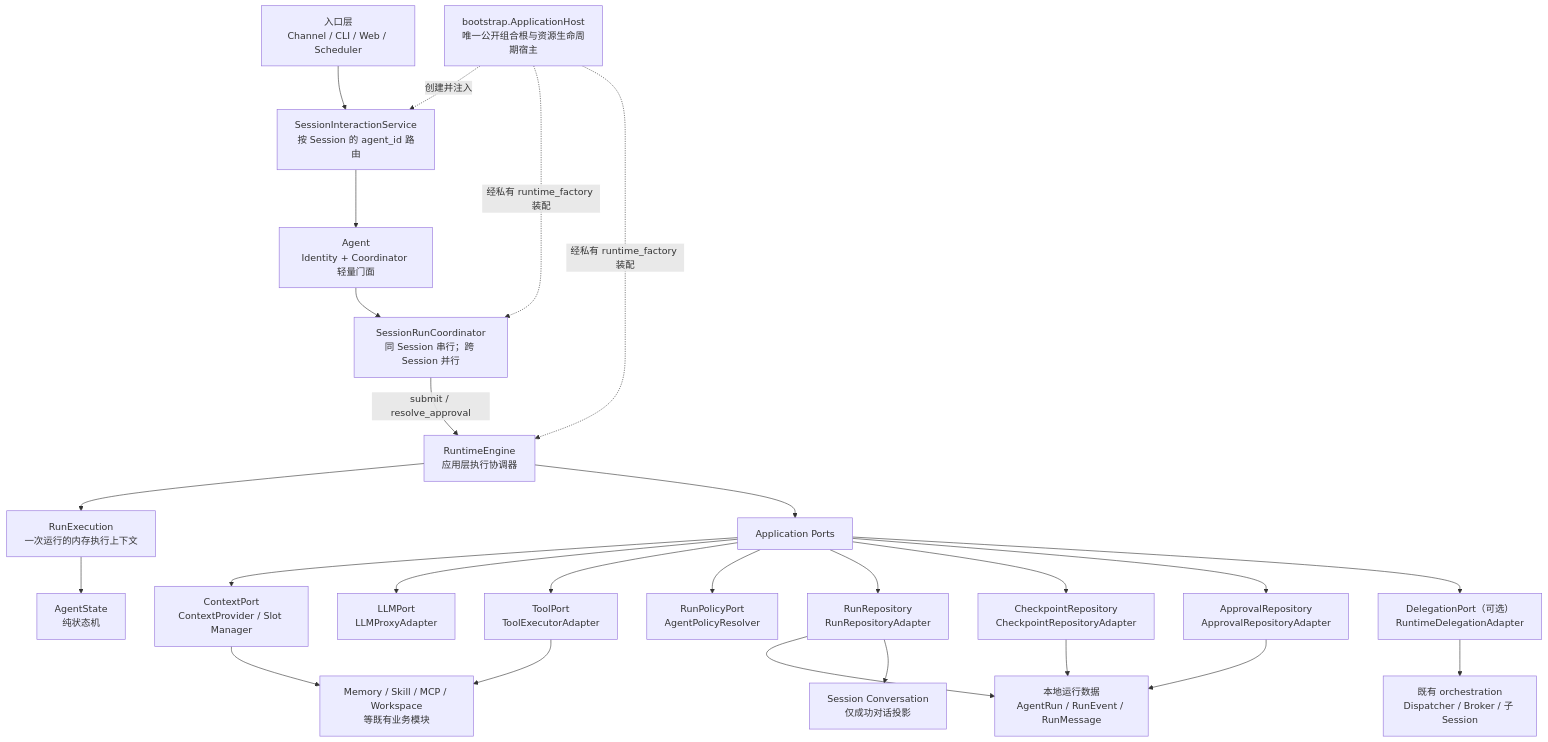
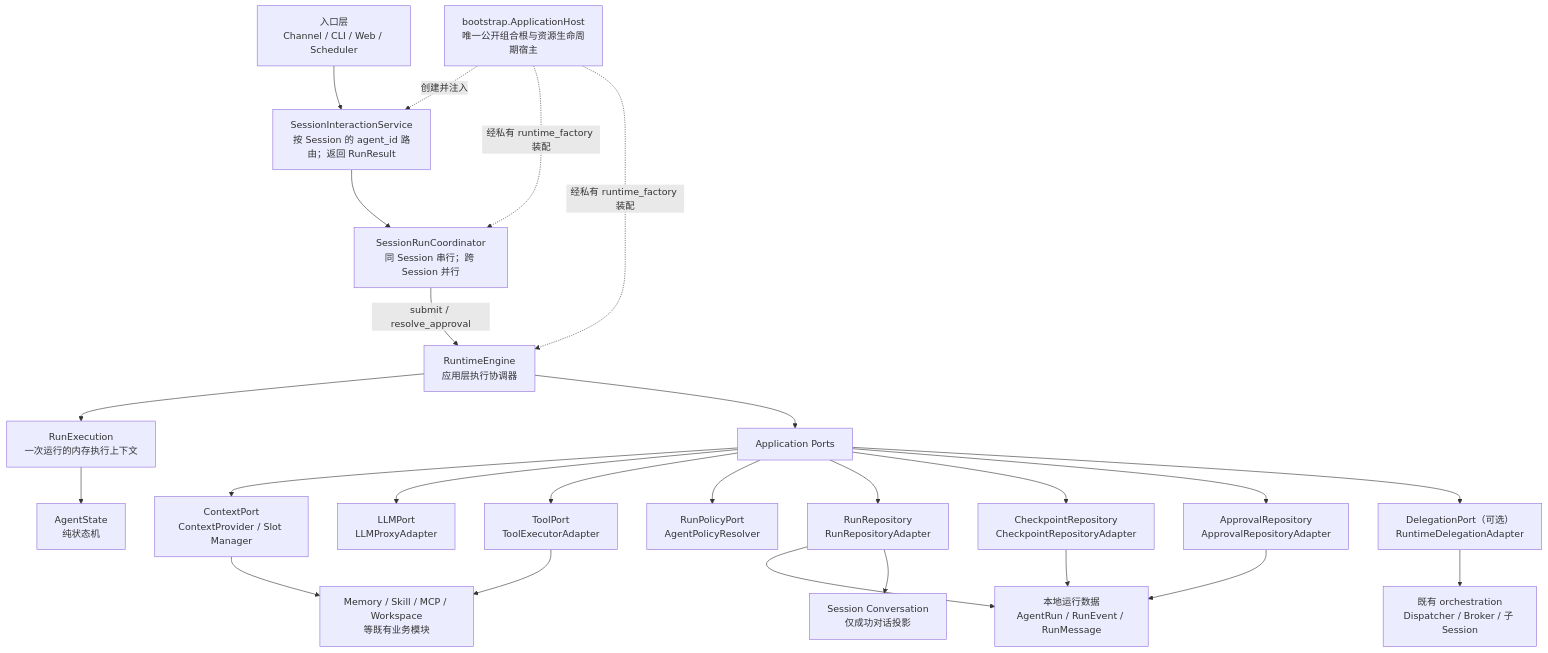
Before and after one commit to aandbcct/dotClaw: the first of 8 diagrams in docs/wiki/Runtime 模块总体说明.md, drawn with Mermaid. The commit also changed 2 other files, not shown here.

Commit message:
docs(session): 已清除 Wiki、README 和当前开发计划中旧 Agent 门面/旧 Runtime 调用表述。

````diff
--- a/docs/wiki/Runtime 模块总体说明.md
+++ b/docs/wiki/Runtime 模块总体说明.md
@@ -21,37 +21,36 @@
 ```mermaid
 flowchart TB
     Entry["入口层\nChannel / CLI / Web / Scheduler"]
     Host["bootstrap.ApplicationHost\n唯一公开组合根与资源生命周期宿主"]
-    Interaction["SessionInteractionService\n按 Session 的 agent_id 路由"]
-    Agent["Agent\nIdentity + Coordinator 轻量门面"]
+    Interaction["SessionInteractionService\n按 Session 的 agent_id 路由；返回 RunResult"]
     Coordinator["SessionRunCoordinator\n同 Session 串行；跨 Session 并行"]
     Engine["RuntimeEngine\n应用层执行协调器"]
     Execution["RunExecution\n一次运行的内存执行上下文"]
     State["AgentState\n纯状态机"]
 
-    Entry --> Interaction --> Agent --> Coordinator
+    Entry --> Interaction --> Coordinator
     Host -. "创建并注入" .-> Interaction
     Host -. "经私有 runtime_factory 装配" .-> Coordinator
     Host -. "经私有 runtime_factory 装配" .-> Engine
     Coordinator -->|"submit / resolve_approval"| Engine
     Engine --> Execution
     Execution --> State
 
     Engine --> Ports["Application Ports"]
     Ports --> Context["ContextPort\nContextProvider / Slot Manager"]
     Ports --> LLM["LLMPort\nLLMProxyAdapter"]
     Ports --> Tool["ToolPort\nToolExecutorAdapter"]
     Ports --> Policy["RunPolicyPort\nAgentPolicyResolver"]
     Ports --> Repo["RunRepository\nRunRepositoryAdapter"]
     Ports --> Checkpoint["CheckpointRepository\nCheckpointRepositoryAdapter"]
     Ports --> Approval["ApprovalRepository\nApprovalRepositoryAdapter"]
     Ports --> Delegation["DelegationPort（可选）\nRuntimeDelegationAdapter"]
 
     Repo --> Storage["本地运行数据\nAgentRun / RunEvent / RunMessage"]
     Checkpoint --> Storage
     Approval --> Storage
     Repo --> Conversation["Session Conversation\n仅成功对话投影"]
     Context --> Existing["Memory / Skill / MCP / Workspace\n等既有业务模块"]
     Tool --> Existing
     Delegation --> Orchestration["既有 orchestration\nDispatcher / Broker / 子 Session"]
 ```
````
